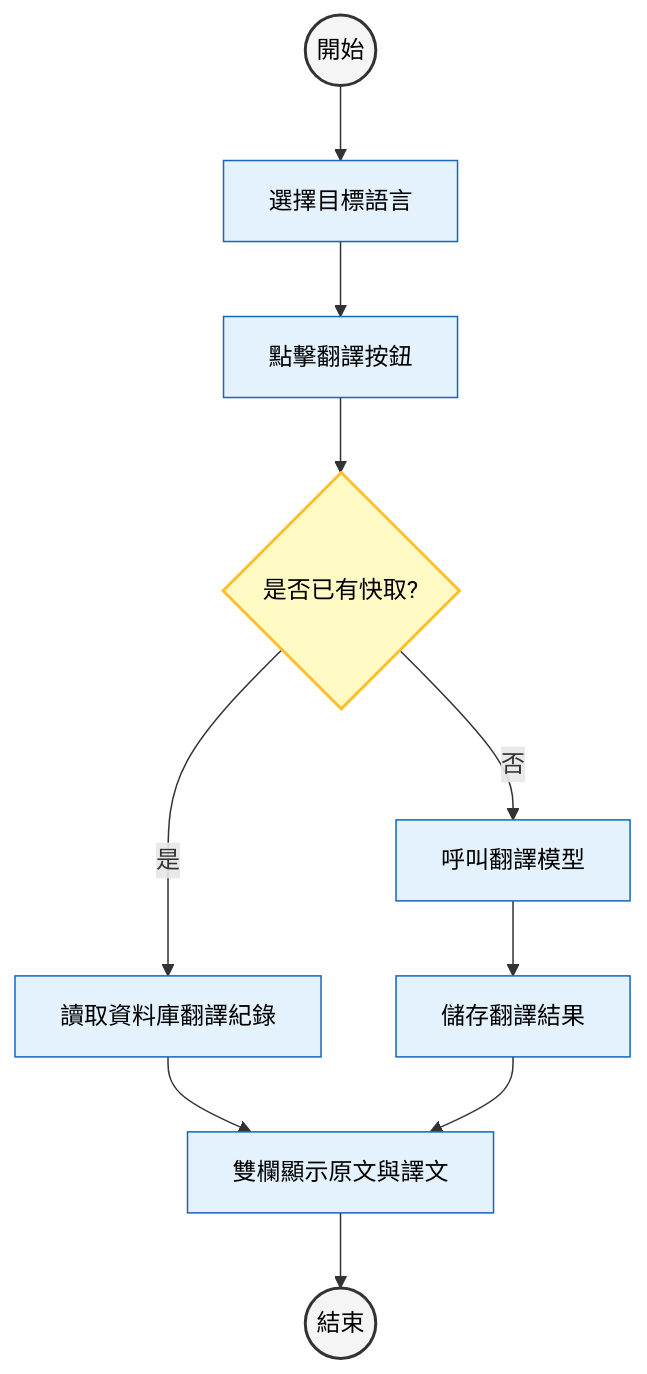
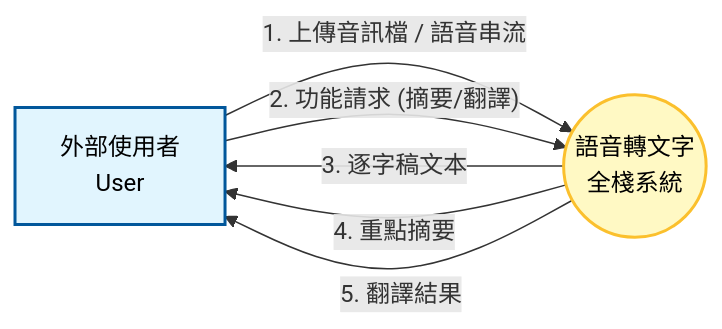
Before and after one commit to shu498/SASDteam3: the diagram in dfd.md, drawn with Mermaid. The commit also changed other lines of this file, not shown here.

````diff
--- a/dfd.md
+++ b/dfd.md
@@ -260,34 +6,22 @@
-``` mermaid
-graph TD
-    %% --- 樣式定義 ---
-    classDef start_end fill:#f5f5f5,stroke:#333,stroke-width:2px,rx:10,ry:10,color:#000000;
-    classDef proc fill:#e3f2fd,stroke:#1565c0,stroke-width:1px,color:#000000;
-    classDef decision fill:#fff9c4,stroke:#fbc02d,stroke-width:2px,rx:5,ry:5,color:#000000;
+```mermaid
+graph LR
+    %% --- 樣式定義 (DFD 標準風格) ---
+    %% 外部實體 (Entity): 方形
+    classDef entity fill:#e1f5fe,stroke:#01579b,stroke-width:2px,color:#000;
+    %% 系統/程序 (Process): 圓角矩形
+    classDef system fill:#fff9c4,stroke:#fbc02d,stroke-width:2px,color:#000;
+    
+    %% --- 節點定義 ---
+    User[外部使用者<br/>User]:::entity
+    System((語音轉文字<br/>全棧系統)):::system
 
-
-    Start((開始)):::start_end
-    End((結束)):::start_end
-
-    %% 節點
-    SelectLang[選擇目標語言]:::proc
-    ClickTrans[點擊翻譯按鈕]:::proc
-    CheckCache{是否已有快取?}:::decision
-    GetCache[讀取資料庫翻譯紀錄]:::proc
-    CallAI[呼叫翻譯模型]:::proc
-    SaveDB[儲存翻譯結果]:::proc
-    Display[雙欄顯示原文與譯文]:::proc
-
-    %% 流程
-    Start --> SelectLang
-    SelectLang --> ClickTrans
-    ClickTrans --> CheckCache
+    %% --- 資料流向 ---
+    %% 輸入
+    User -- "1. 上傳音訊檔 / 語音串流" --> System
+    User -- "2. 功能請求 (摘要/翻譯)" --> System
     
-    CheckCache -- 是 --> GetCache
-    GetCache --> Display
-    
-    CheckCache -- 否 --> CallAI
-    CallAI --> SaveDB
-    SaveDB --> Display
-    
-    Display --> End
+    %% 輸出
+    System -- "3. 逐字稿文本" --> User
+    System -- "4. 重點摘要" --> User
+    System -- "5. 翻譯結果" --> User
 ```
````
